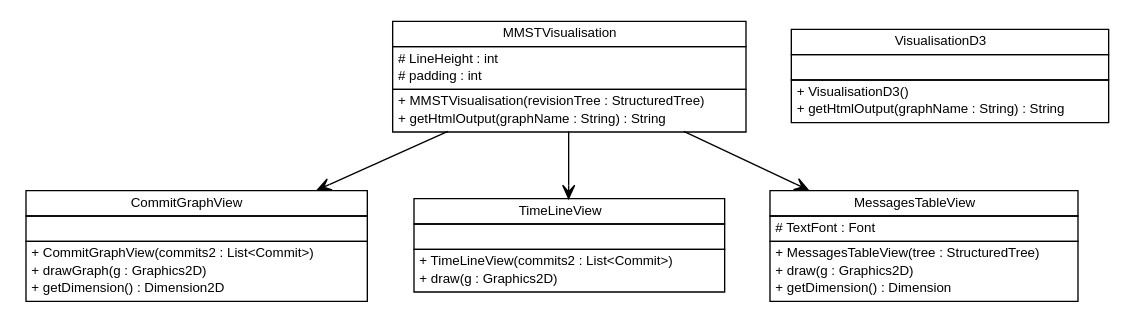
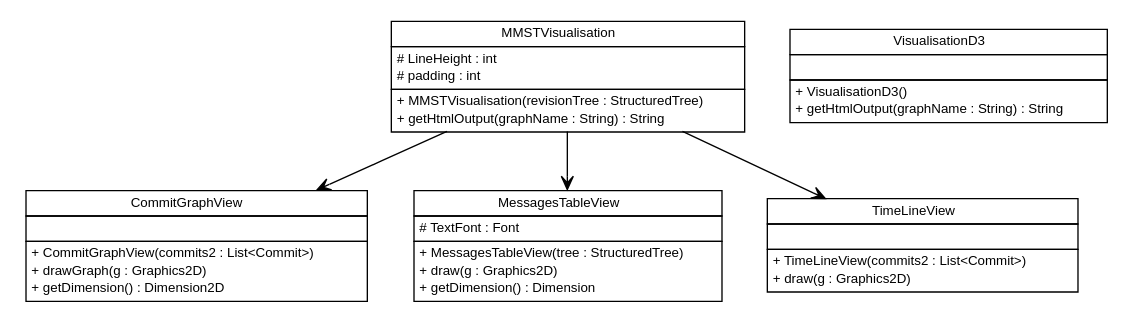
The diagram in site/apidocs/de/tud/plt/r43ples/visualisation/de.tud.plt.r43ples.visualisation.dot (markusgraube/r43ples), drawn with Graphviz before and after one commit. The commit also changed 241 other files, not shown here.

```diff
--- a/site/apidocs/de/tud/plt/r43ples/visualisation/de.tud.plt.r43ples.visualisation.dot
+++ b/site/apidocs/de/tud/plt/r43ples/visualisation/de.tud.plt.r43ples.visualisation.dot
@@ -1,86 +1,86 @@
 #!/usr/local/bin/dot
 #
 # Class diagram 
 # Generated by UMLGraph version R5_6-24-gf6e263 (http://www.umlgraph.org/)
 #
 
 digraph G {
 	edge [fontname="Helvetica",fontsize=10,labelfontname="Helvetica",labelfontsize=10];
 	node [fontname="Helvetica",fontsize=10,shape=plaintext];
 	nodesep=0.25;
 	ranksep=0.5;
+	// de.tud.plt.r43ples.visualisation.CommitGraphView
+	c43 [label=<<table title="de.tud.plt.r43ples.visualisation.CommitGraphView" border="0" cellborder="1" cellspacing="0" cellpadding="2" port="p" href="./CommitGraphView.html">
+		<tr><td><table border="0" cellspacing="0" cellpadding="1">
+<tr><td align="center" balign="center"> CommitGraphView </td></tr>
+		</table></td></tr>
+		<tr><td><table border="0" cellspacing="0" cellpadding="1">
+<tr><td align="left" balign="left">  </td></tr>
+		</table></td></tr>
+		<tr><td><table border="0" cellspacing="0" cellpadding="1">
+<tr><td align="left" balign="left"> + CommitGraphView(commits2 : List&lt;Commit&gt;) </td></tr>
+<tr><td align="left" balign="left"> + drawGraph(g : Graphics2D) </td></tr>
+<tr><td align="left" balign="left"> + getDimension() : Dimension2D </td></tr>
+		</table></td></tr>
+		</table>>, URL="./CommitGraphView.html", fontname="Helvetica", fontcolor="black", fontsize=10.0];
 	// de.tud.plt.r43ples.visualisation.MMSTVisualisation
-	c228 [label=<<table title="de.tud.plt.r43ples.visualisation.MMSTVisualisation" border="0" cellborder="1" cellspacing="0" cellpadding="2" port="p" href="./MMSTVisualisation.html">
+	c44 [label=<<table title="de.tud.plt.r43ples.visualisation.MMSTVisualisation" border="0" cellborder="1" cellspacing="0" cellpadding="2" port="p" href="./MMSTVisualisation.html">
 		<tr><td><table border="0" cellspacing="0" cellpadding="1">
 <tr><td align="center" balign="center"> MMSTVisualisation </td></tr>
 		</table></td></tr>
 		<tr><td><table border="0" cellspacing="0" cellpadding="1">
 <tr><td align="left" balign="left"> # LineHeight : int </td></tr>
 <tr><td align="left" balign="left"> # padding : int </td></tr>
 		</table></td></tr>
 		<tr><td><table border="0" cellspacing="0" cellpadding="1">
 <tr><td align="left" balign="left"> + MMSTVisualisation(revisionTree : StructuredTree) </td></tr>
 <tr><td align="left" balign="left"> + getHtmlOutput(graphName : String) : String </td></tr>
 		</table></td></tr>
 		</table>>, URL="./MMSTVisualisation.html", fontname="Helvetica", fontcolor="black", fontsize=10.0];
-	// de.tud.plt.r43ples.visualisation.CommitGraphView
-	c229 [label=<<table title="de.tud.plt.r43ples.visualisation.CommitGraphView" border="0" cellborder="1" cellspacing="0" cellpadding="2" port="p" href="./CommitGraphView.html">
-		<tr><td><table border="0" cellspacing="0" cellpadding="1">
-<tr><td align="center" balign="center"> CommitGraphView </td></tr>
-		</table></td></tr>
-		<tr><td><table border="0" cellspacing="0" cellpadding="1">
-<tr><td align="left" balign="left">  </td></tr>
-		</table></td></tr>
-		<tr><td><table border="0" cellspacing="0" cellpadding="1">
-<tr><td align="left" balign="left"> + CommitGraphView(commits2 : List&lt;Commit&gt;) </td></tr>
-<tr><td align="left" balign="left"> + drawGraph(g : Graphics2D) </td></tr>
-<tr><td align="left" balign="left"> + getDimension() : Dimension2D </td></tr>
-		</table></td></tr>
-		</table>>, URL="./CommitGraphView.html", fontname="Helvetica", fontcolor="black", fontsize=10.0];
-	// de.tud.plt.r43ples.visualisation.TimeLineView
-	c230 [label=<<table title="de.tud.plt.r43ples.visualisation.TimeLineView" border="0" cellborder="1" cellspacing="0" cellpadding="2" port="p" href="./TimeLineView.html">
-		<tr><td><table border="0" cellspacing="0" cellpadding="1">
-<tr><td align="center" balign="center"> TimeLineView </td></tr>
-		</table></td></tr>
-		<tr><td><table border="0" cellspacing="0" cellpadding="1">
-<tr><td align="left" balign="left">  </td></tr>
-		</table></td></tr>
-		<tr><td><table border="0" cellspacing="0" cellpadding="1">
-<tr><td align="left" balign="left"> + TimeLineView(commits2 : List&lt;Commit&gt;) </td></tr>
-<tr><td align="left" balign="left"> + draw(g : Graphics2D) </td></tr>
-		</table></td></tr>
-		</table>>, URL="./TimeLineView.html", fontname="Helvetica", fontcolor="black", fontsize=10.0];
 	// de.tud.plt.r43ples.visualisation.MessagesTableView
-	c231 [label=<<table title="de.tud.plt.r43ples.visualisation.MessagesTableView" border="0" cellborder="1" cellspacing="0" cellpadding="2" port="p" href="./MessagesTableView.html">
+	c45 [label=<<table title="de.tud.plt.r43ples.visualisation.MessagesTableView" border="0" cellborder="1" cellspacing="0" cellpadding="2" port="p" href="./MessagesTableView.html">
 		<tr><td><table border="0" cellspacing="0" cellpadding="1">
 <tr><td align="center" balign="center"> MessagesTableView </td></tr>
 		</table></td></tr>
 		<tr><td><table border="0" cellspacing="0" cellpadding="1">
 <tr><td align="left" balign="left"> # TextFont : Font </td></tr>
 		</table></td></tr>
 		<tr><td><table border="0" cellspacing="0" cellpadding="1">
 <tr><td align="left" balign="left"> + MessagesTableView(tree : StructuredTree) </td></tr>
 <tr><td align="left" balign="left"> + draw(g : Graphics2D) </td></tr>
 <tr><td align="left" balign="left"> + getDimension() : Dimension </td></tr>
 		</table></td></tr>
 		</table>>, URL="./MessagesTableView.html", fontname="Helvetica", fontcolor="black", fontsize=10.0];
+	// de.tud.plt.r43ples.visualisation.TimeLineView
+	c46 [label=<<table title="de.tud.plt.r43ples.visualisation.TimeLineView" border="0" cellborder="1" cellspacing="0" cellpadding="2" port="p" href="./TimeLineView.html">
+		<tr><td><table border="0" cellspacing="0" cellpadding="1">
+<tr><td align="center" balign="center"> TimeLineView </td></tr>
+		</table></td></tr>
+		<tr><td><table border="0" cellspacing="0" cellpadding="1">
+<tr><td align="left" balign="left">  </td></tr>
+		</table></td></tr>
+		<tr><td><table border="0" cellspacing="0" cellpadding="1">
+<tr><td align="left" balign="left"> + TimeLineView(commits2 : List&lt;Commit&gt;) </td></tr>
+<tr><td align="left" balign="left"> + draw(g : Graphics2D) </td></tr>
+		</table></td></tr>
+		</table>>, URL="./TimeLineView.html", fontname="Helvetica", fontcolor="black", fontsize=10.0];
 	// de.tud.plt.r43ples.visualisation.VisualisationD3
-	c232 [label=<<table title="de.tud.plt.r43ples.visualisation.VisualisationD3" border="0" cellborder="1" cellspacing="0" cellpadding="2" port="p" href="./VisualisationD3.html">
+	c47 [label=<<table title="de.tud.plt.r43ples.visualisation.VisualisationD3" border="0" cellborder="1" cellspacing="0" cellpadding="2" port="p" href="./VisualisationD3.html">
 		<tr><td><table border="0" cellspacing="0" cellpadding="1">
 <tr><td align="center" balign="center"> VisualisationD3 </td></tr>
 		</table></td></tr>
 		<tr><td><table border="0" cellspacing="0" cellpadding="1">
 <tr><td align="left" balign="left">  </td></tr>
 		</table></td></tr>
 		<tr><td><table border="0" cellspacing="0" cellpadding="1">
 <tr><td align="left" balign="left"> + VisualisationD3() </td></tr>
 <tr><td align="left" balign="left"> + getHtmlOutput(graphName : String) : String </td></tr>
 		</table></td></tr>
 		</table>>, URL="./VisualisationD3.html", fontname="Helvetica", fontcolor="black", fontsize=10.0];
 	// de.tud.plt.r43ples.visualisation.MMSTVisualisation NAVASSOC de.tud.plt.r43ples.visualisation.TimeLineView
-	c228:p -> c230:p [taillabel="", label="", headlabel="", fontname="Helvetica", fontcolor="black", fontsize=10.0, color="black", arrowhead=open];
+	c44:p -> c46:p [taillabel="", label="", headlabel="", fontname="Helvetica", fontcolor="black", fontsize=10.0, color="black", arrowhead=open];
 	// de.tud.plt.r43ples.visualisation.MMSTVisualisation NAVASSOC de.tud.plt.r43ples.visualisation.CommitGraphView
-	c228:p -> c229:p [taillabel="", label="", headlabel="", fontname="Helvetica", fontcolor="black", fontsize=10.0, color="black", arrowhead=open];
+	c44:p -> c43:p [taillabel="", label="", headlabel="", fontname="Helvetica", fontcolor="black", fontsize=10.0, color="black", arrowhead=open];
 	// de.tud.plt.r43ples.visualisation.MMSTVisualisation NAVASSOC de.tud.plt.r43ples.visualisation.MessagesTableView
-	c228:p -> c231:p [taillabel="", label="", headlabel="", fontname="Helvetica", fontcolor="black", fontsize=10.0, color="black", arrowhead=open];
+	c44:p -> c45:p [taillabel="", label="", headlabel="", fontname="Helvetica", fontcolor="black", fontsize=10.0, color="black", arrowhead=open];
 }
```
